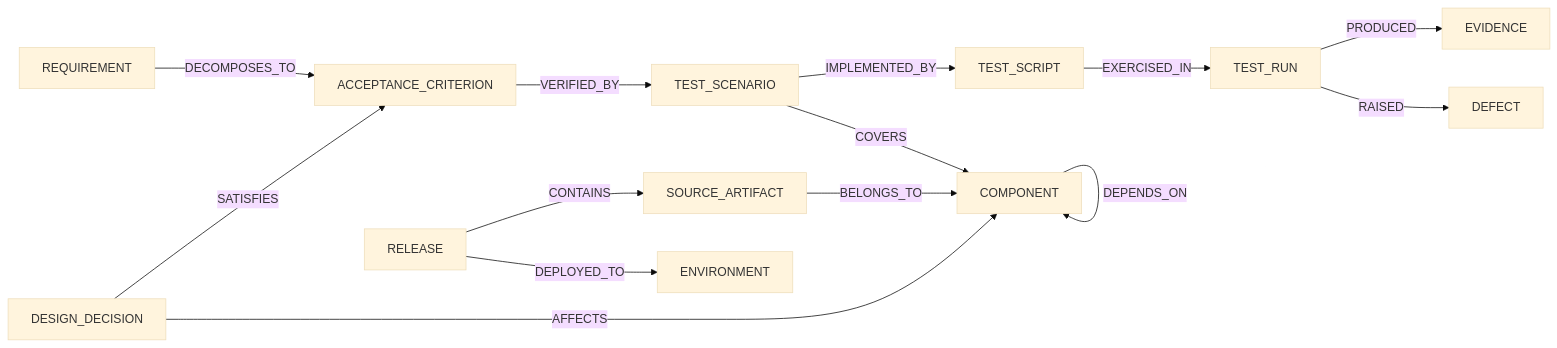
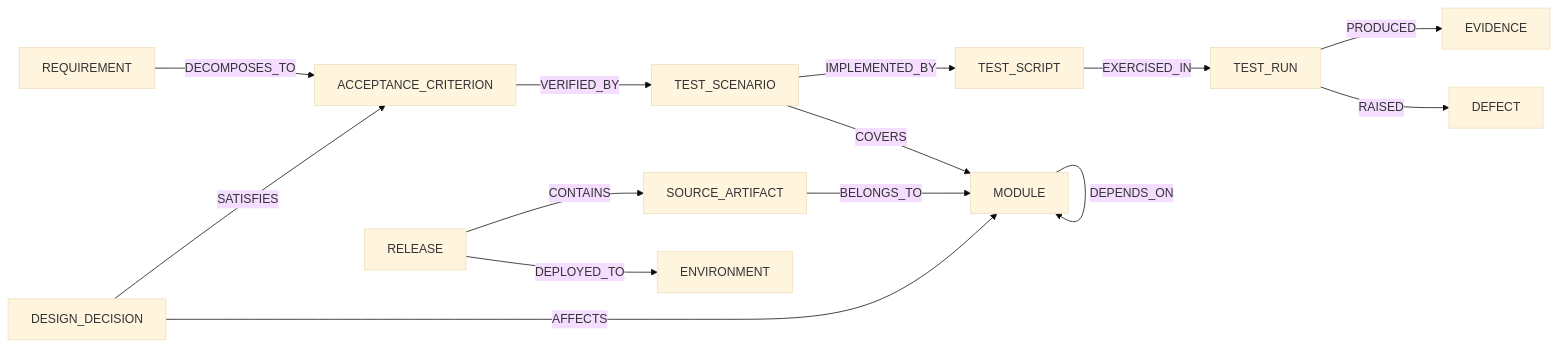
The sixth of 8 diagrams in docs/leadership-deck.md (subhachak/agentic-sdlc), drawn with Mermaid (base theme) before and after one commit. The commit also changed other lines of this file and 37 other files, not shown here.

First line of the commit message:
rename COMPONENT to MODULE, and make impact file-level

````diff
--- a/docs/leadership-deck.md
+++ b/docs/leadership-deck.md
@@ -242,16 +242,16 @@
 ```mermaid
 flowchart LR
   REQ[REQUIREMENT] -->|DECOMPOSES_TO| AC[ACCEPTANCE_CRITERION]
   AC -->|VERIFIED_BY| SC[TEST_SCENARIO]
   SC -->|IMPLEMENTED_BY| TS[TEST_SCRIPT]
   TS -->|EXERCISED_IN| TR[TEST_RUN]
   TR -->|PRODUCED| EV[EVIDENCE]
   TR -->|RAISED| DEF[DEFECT]
   DD[DESIGN_DECISION] -->|SATISFIES| AC
-  DD -->|AFFECTS| CMP[COMPONENT]
+  DD -->|AFFECTS| CMP[MODULE]
   SA[SOURCE_ARTIFACT] -->|BELONGS_TO| CMP
   CMP -->|DEPENDS_ON| CMP
   SC -->|COVERS| CMP
   REL[RELEASE] -->|CONTAINS| SA
   REL -->|DEPLOYED_TO| ENV[ENVIRONMENT]
 ```
````
